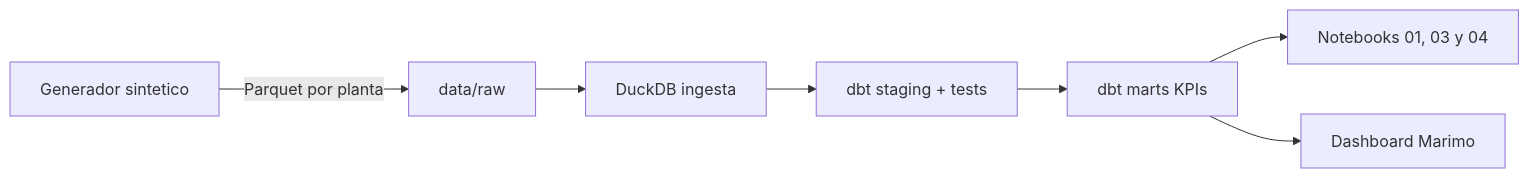
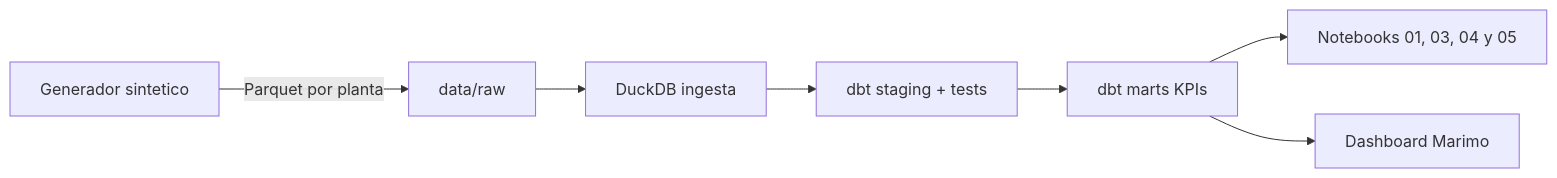
One commit to juancarlospradologistica-hub/returnable-packaging-intelligence changed the first of 3 diagrams in README.md. Above: the diagram before and after it, drawn with Mermaid. The commit also changed other lines of this file and 1 other file, not shown here.

````diff
--- a/README.md
+++ b/README.md
@@ -32,9 +32,9 @@
 ```mermaid
 flowchart LR
     A[Generador sintetico] -->|Parquet por planta| B[data/raw]
     B --> C[DuckDB ingesta]
     C --> D[dbt staging + tests]
     D --> E[dbt marts KPIs]
-    E --> F[Notebooks 01, 03 y 04]
+    E --> F[Notebooks 01, 03, 04 y 05]
     E --> G[Dashboard Marimo]
 ```
````
